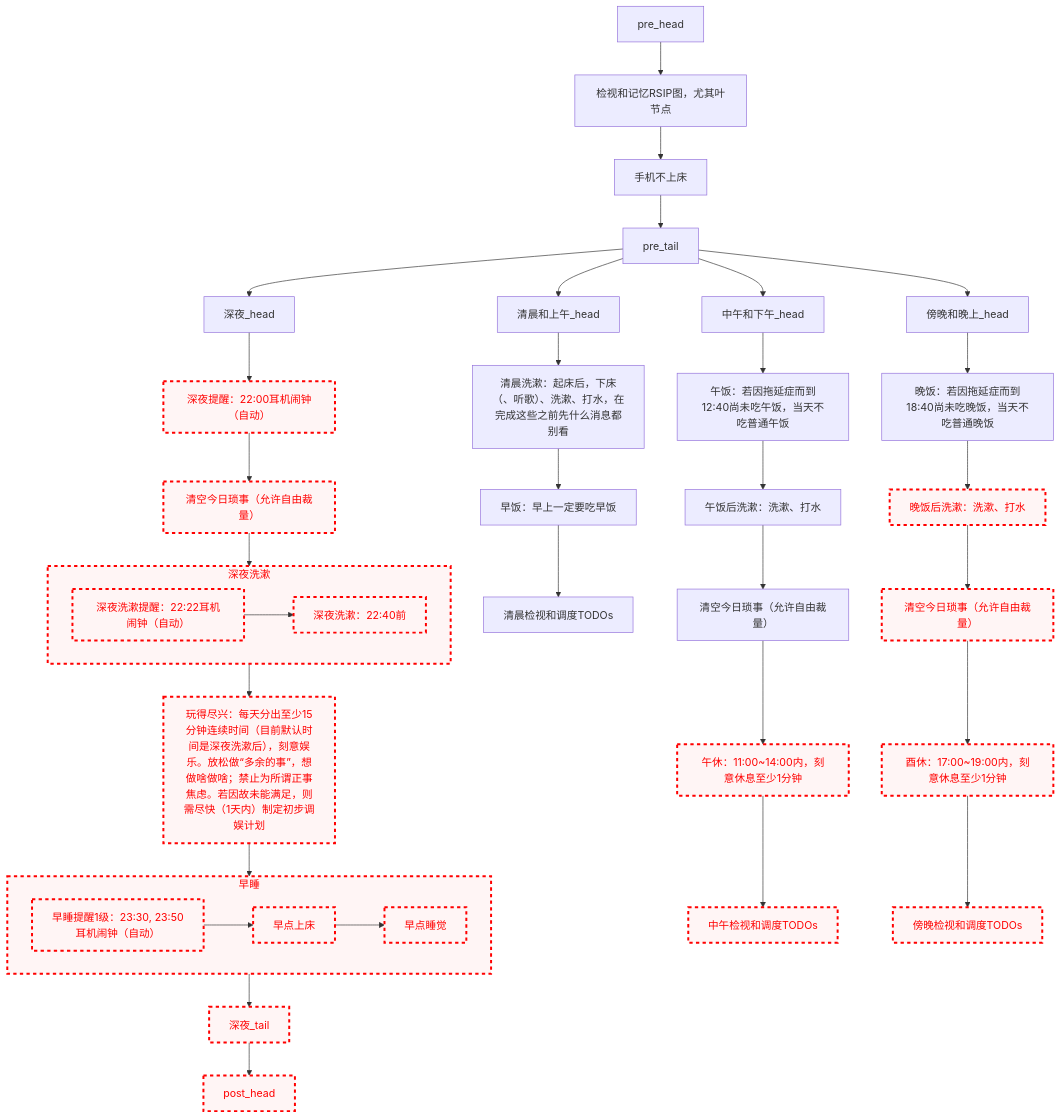
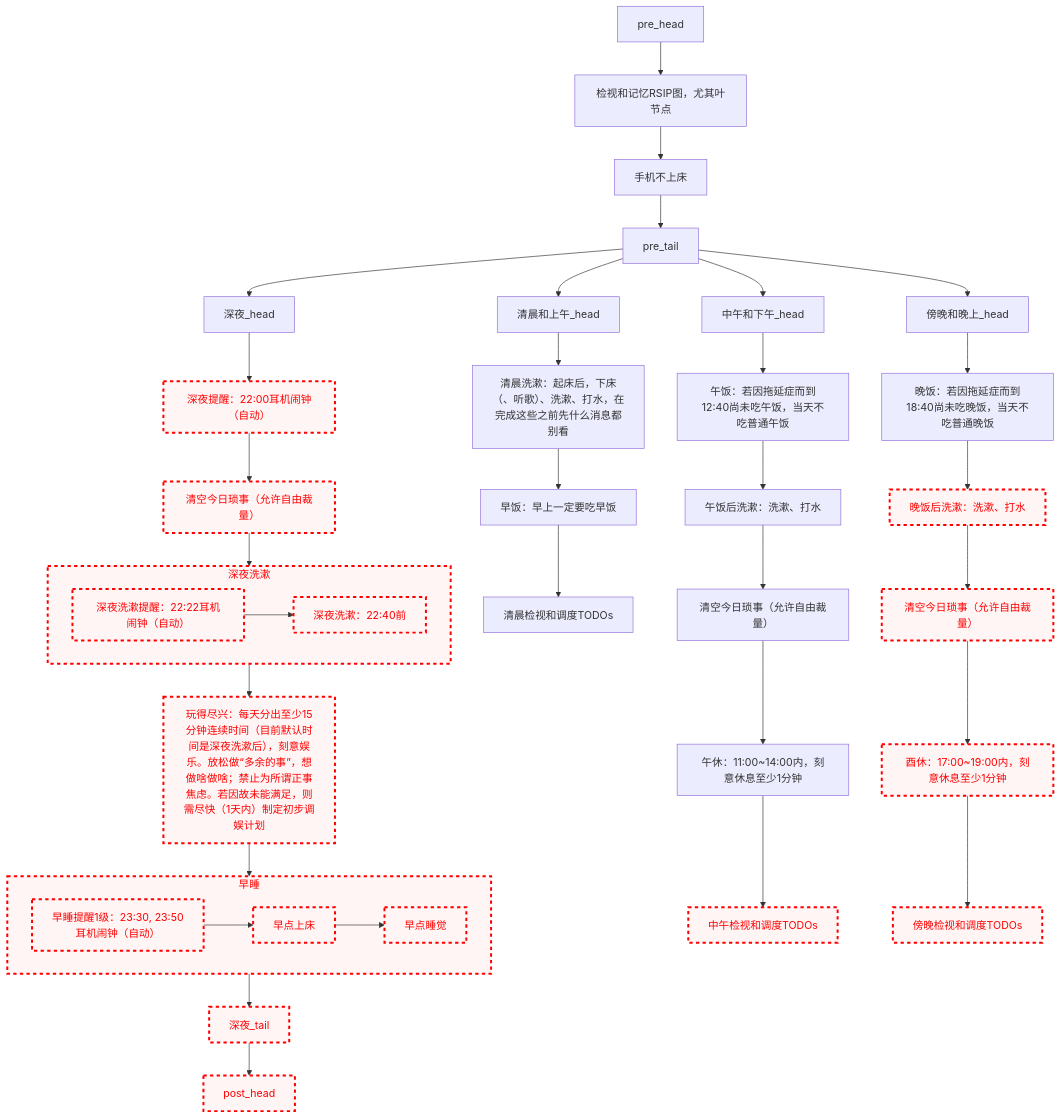
One commit to Ethkuil/RSIP-tree changed the diagram in README.md. Above: the diagram before and after it, drawn with Mermaid.

Commit message:
enable 午休

````diff
--- a/README.md
+++ b/README.md
@@ -21,72 +21,71 @@
 ```mermaid
 graph TD
 
 classDef failed stroke:#ff0000, stroke-width:3px, color:#ff0000, fill:#fff5f5, stroke-dasharray: 5
 
 pre_head --> RSIP[检视和记忆RSIP图，尤其叶节点]
 RSIP --> 手机不上床
 手机不上床 --> pre_tail
 
 
 pre_tail --> 清晨和上午_head
 清晨和上午_head --> 清晨洗漱
 清晨洗漱[清晨洗漱：起床后，下床（、听歌）、洗漱、打水，在完成这些之前先什么消息都别看]
 清晨洗漱 --> 早饭[早饭：早上一定要吃早饭]
 早饭 --> 清晨看TODO[清晨检视和调度TODOs]
 
 
 pre_tail --> 中午和下午_head
 中午和下午_head --> 午饭[午饭：若因拖延症而到12:40尚未吃午饭，当天不吃普通午饭]
 午饭 --> 午饭后洗漱[午饭后洗漱：洗漱、打水]
 午饭后洗漱 --> 中午今日琐事[清空今日琐事（允许自由裁量）]
 中午今日琐事 --> 午休[午休：11:00~14:00内，刻意休息至少1分钟]
-class 午休 failed
 午休 --> 中午看TODO[中午检视和调度TODOs]
 class 中午看TODO failed
 
 
 pre_tail --> 傍晚和晚上_head
 傍晚和晚上_head --> 晚饭[晚饭：若因拖延症而到18:40尚未吃晚饭，当天不吃普通晚饭]
 晚饭 --> 晚饭后洗漱[晚饭后洗漱：洗漱、打水]
 class 晚饭后洗漱 failed
 晚饭后洗漱 --> 傍晚今日琐事[清空今日琐事（允许自由裁量）]
 class 傍晚今日琐事 failed
 傍晚今日琐事 --> 酉休[酉休：17:00~19:00内，刻意休息至少1分钟]
 class 酉休 failed
 酉休 --> 傍晚看TODO[傍晚检视和调度TODOs]
 class 傍晚看TODO failed
 
 
 pre_tail --> 深夜_head
 深夜_head --> 深夜提醒[深夜提醒：22:00耳机闹钟（自动）]
 class 深夜提醒 failed
 深夜提醒 --> 深夜今日琐事[清空今日琐事（允许自由裁量）]
 class 深夜今日琐事 failed
 深夜今日琐事 --> 深夜洗漱
 subgraph 深夜洗漱
   深夜洗漱提醒[深夜洗漱提醒：22:22耳机闹钟（自动）]
   class 深夜洗漱提醒 failed
   深夜洗漱提醒 --> 深夜洗漱执行[深夜洗漱：22:40前]
   class 深夜洗漱执行 failed
 end
 class 深夜洗漱 failed
 深夜洗漱 --> 玩得尽兴[玩得尽兴：每天分出至少15分钟连续时间（目前默认时间是深夜洗漱后），刻意娱乐。放松做“多余的事”，想做啥做啥；禁止为所谓正事焦虑。若因故未能满足，则需尽快（1天内）制定初步调娱计划]
 class 玩得尽兴 failed
 
 玩得尽兴 --> 早睡
 subgraph 早睡
   早睡提醒1级[早睡提醒1级：23:30, 23:50耳机闹钟（自动）]
   class 早睡提醒1级 failed
   早睡提醒1级 --> 早点上床
   class 早点上床 failed
   早点上床 --> 早点睡觉
   class 早点睡觉 failed
 end
 class 早睡 failed
 早睡 --> 深夜_tail
 class 深夜_tail failed
 
 
 深夜_tail --> post_head
 class post_head failed
 ```
````
